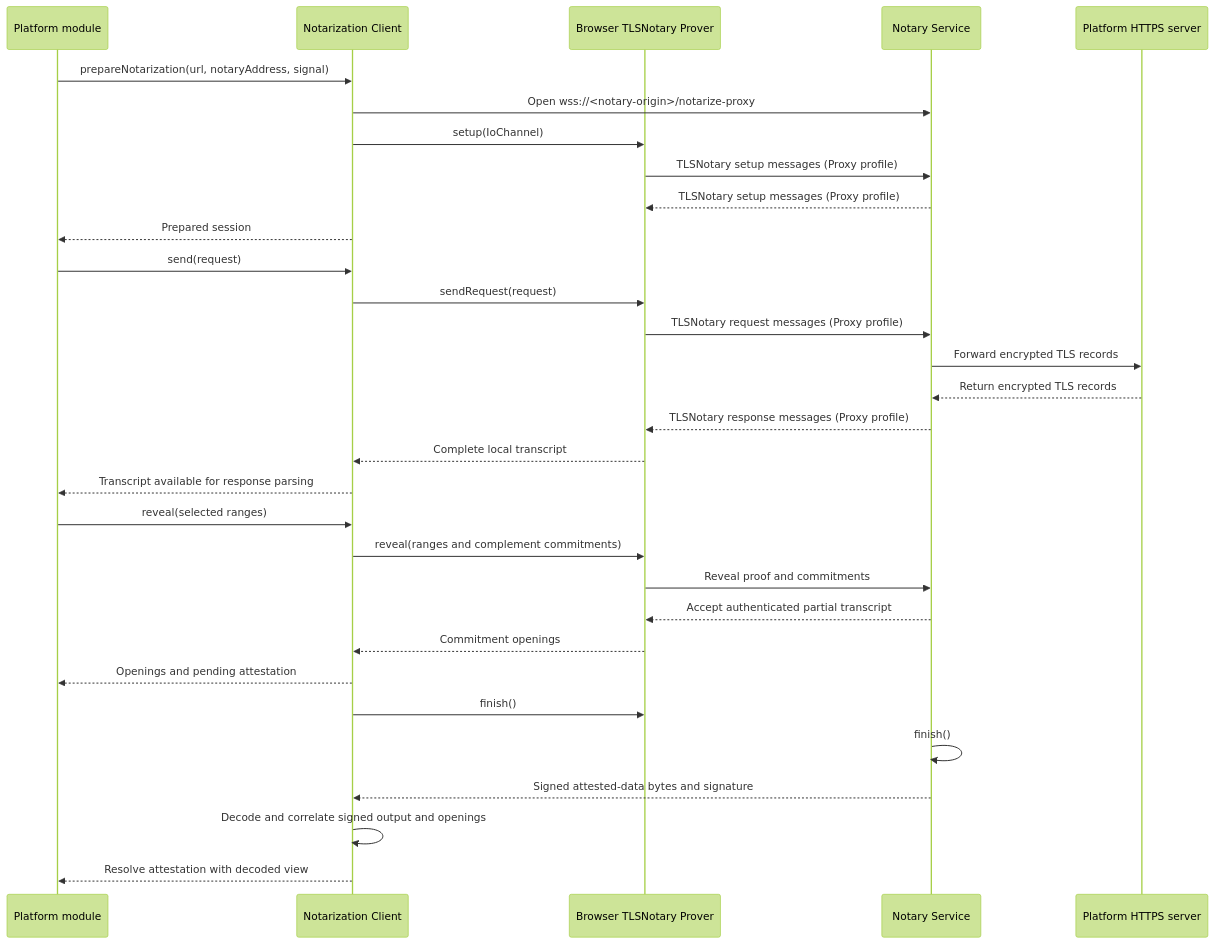
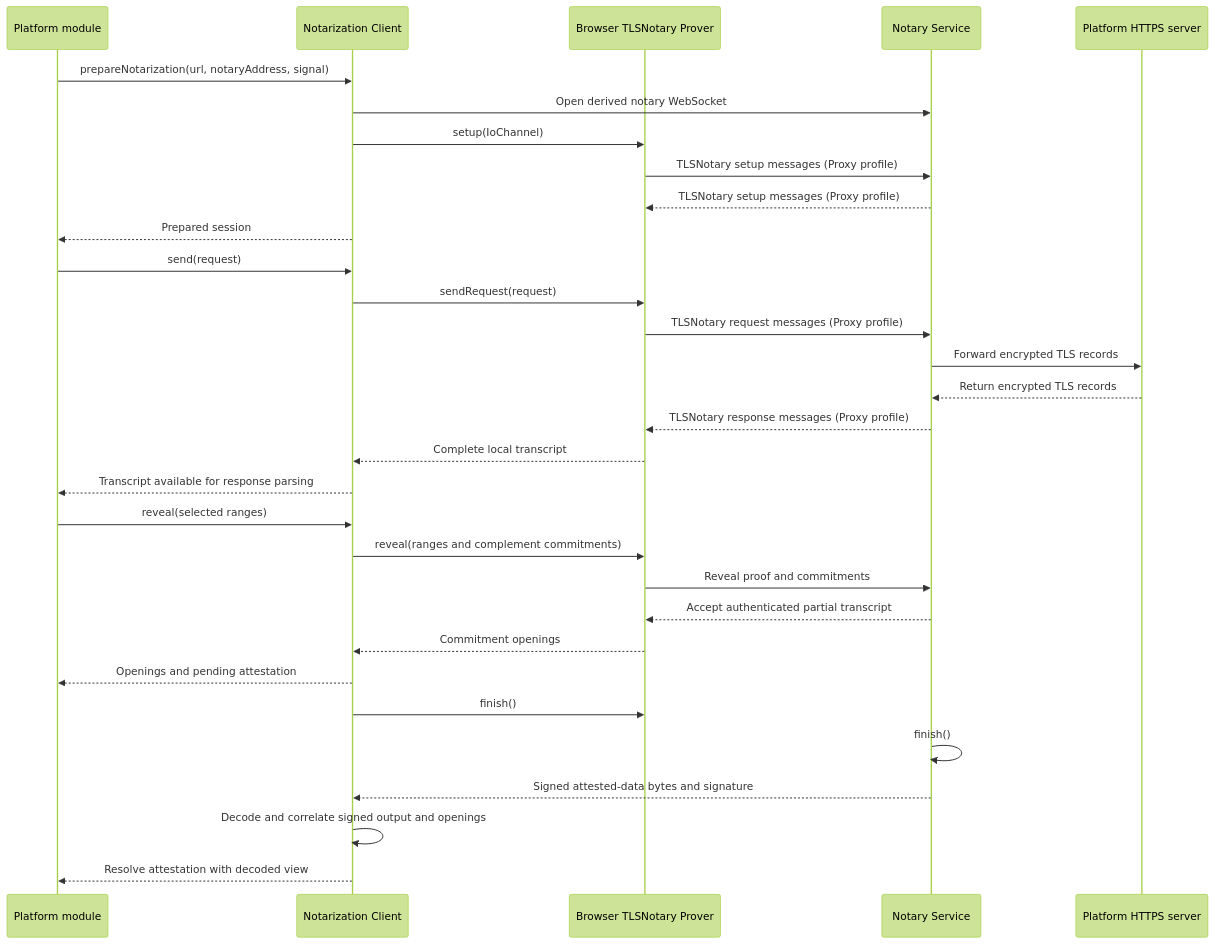
Before and after one commit to libid-org/libid: the diagram in ts/packages/ceremony/NOTARIZATION.md, drawn with Mermaid (forest theme). The commit also changed other lines of this file and 7 other files, not shown here.

````diff
--- a/ts/packages/ceremony/NOTARIZATION.md
+++ b/ts/packages/ceremony/NOTARIZATION.md
@@ -313,34 +312,34 @@
 ```mermaid
 sequenceDiagram
     participant M as Platform module
     participant T as Notarization Client
     participant W as Browser TLSNotary Prover
     participant N as Notary Service
     participant P as Platform HTTPS server
 
     M->>T: prepareNotarization(url, notaryAddress, signal)
-    T->>N: Open wss://<notary-origin>/notarize-proxy
+    T->>N: Open derived notary WebSocket
     T->>W: setup(IoChannel)
     W->>N: TLSNotary setup messages (Proxy profile)
     N-->>W: TLSNotary setup messages (Proxy profile)
     T-->>M: Prepared session
     M->>T: send(request)
     T->>W: sendRequest(request)
     W->>N: TLSNotary request messages (Proxy profile)
     N->>P: Forward encrypted TLS records
     P-->>N: Return encrypted TLS records
     N-->>W: TLSNotary response messages (Proxy profile)
     W-->>T: Complete local transcript
     T-->>M: Transcript available for response parsing
     M->>T: reveal(selected ranges)
     T->>W: reveal(ranges and complement commitments)
     W->>N: Reveal proof and commitments
     N-->>W: Accept authenticated partial transcript
     W-->>T: Commitment openings
     T-->>M: Openings and pending attestation
     T->>W: finish()
     N->>N: finish()
     N-->>T: Signed attested-data bytes and signature
     T->>T: Decode and correlate signed output and openings
     T-->>M: Resolve attestation with decoded view
 ```
````
